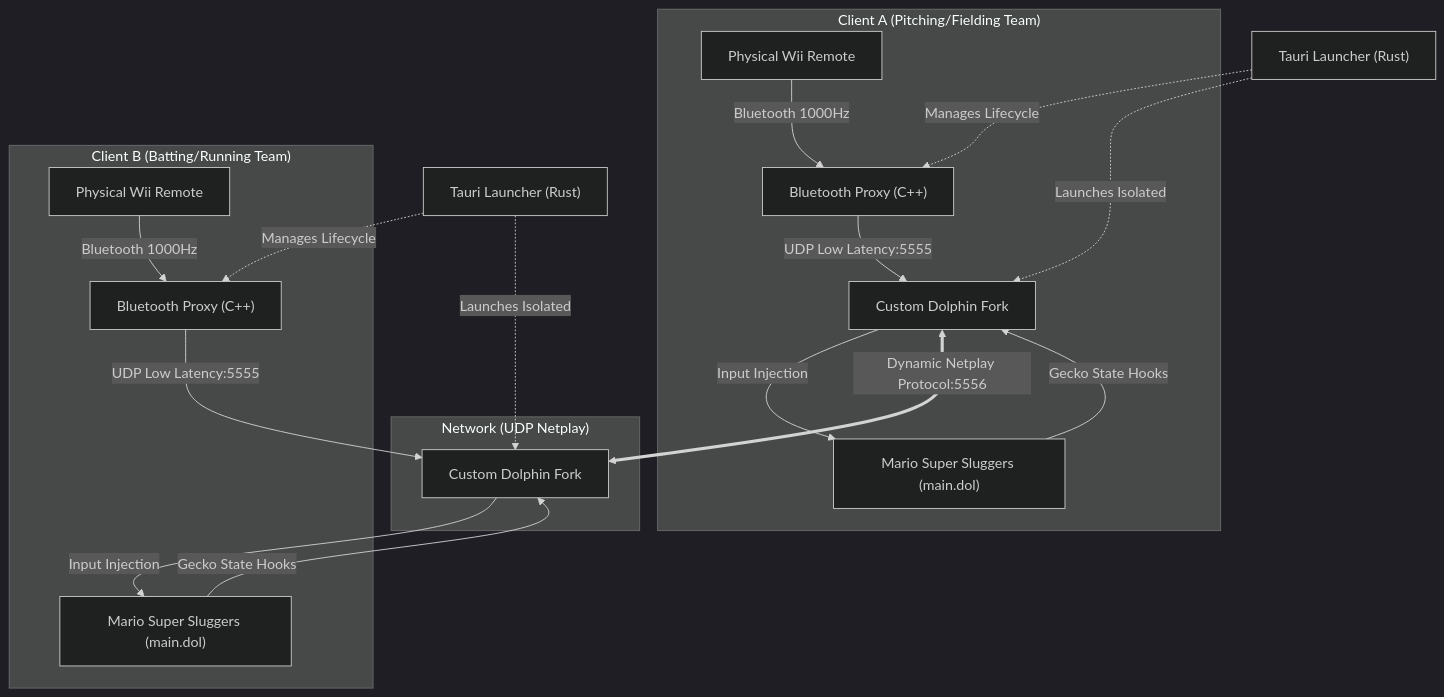
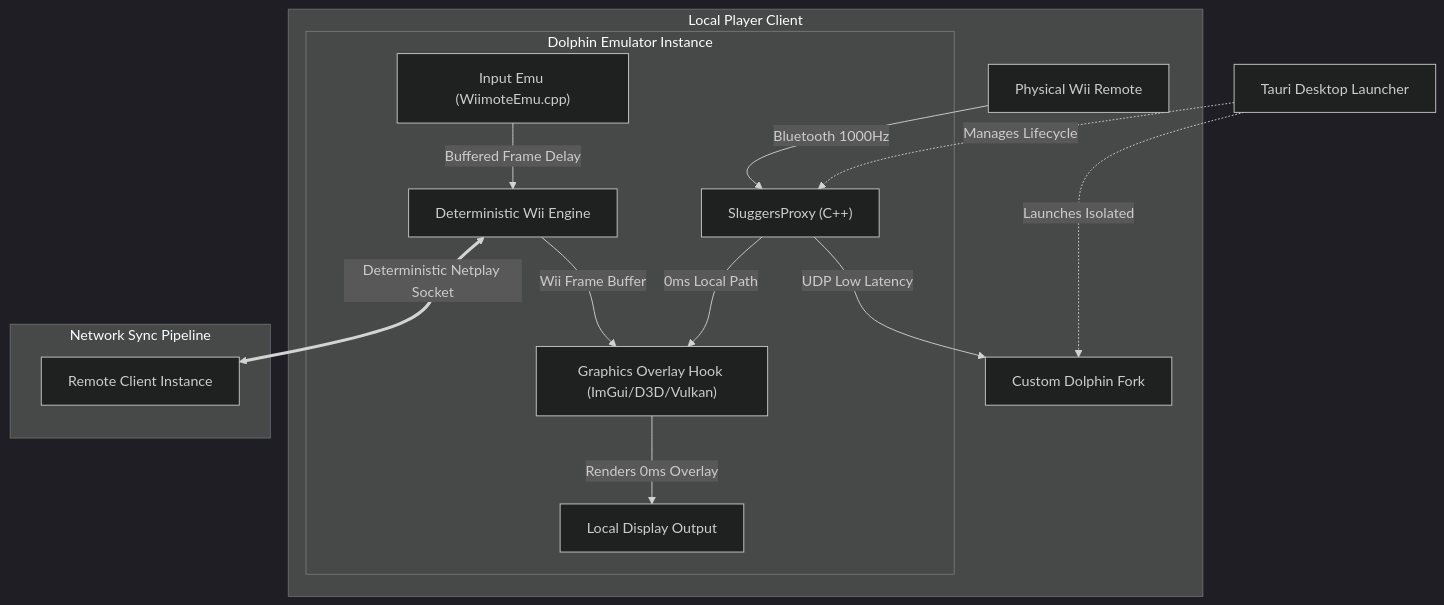
The diagram in README.md (RealClayton/supersluggers-online), drawn with Mermaid (dark theme) before and after one commit. The commit also changed other lines of this file and 1 other file, not shown here.

Commit message:
Adopt Hybrid Overlay & Deterministic Netplay Architecture blueprint

````diff
--- a/README.md
+++ b/README.md
@@ -15,25 +35,21 @@
 ```mermaid
 graph TD
-    subgraph Client_A ["Client A (Pitching/Fielding Team)"]
-        A_Wiimote["Physical Wii Remote"] -->|Bluetooth 1000Hz| A_Proxy["Bluetooth Proxy (C++)"]
-        A_Proxy -->|UDP Low Latency:5555| A_Dolphin["Custom Dolphin Fork"]
-        A_Dolphin -->|Input Injection| A_Game["Mario Super Sluggers (main.dol)"]
-        A_Game -->|Gecko State Hooks| A_Dolphin
+    subgraph Local_Client ["Local Player Client"]
+        Remote["Physical Wii Remote"] -->|Bluetooth 1000Hz| Proxy["SluggersProxy (C++)"]
+        Proxy -->|UDP Low Latency| Dolphin["Custom Dolphin Fork"]
+        
+        subgraph Dolphin_Process ["Dolphin Emulator Instance"]
+            Input_Map["Input Emu (WiimoteEmu.cpp)"] -->|Buffered Frame Delay| Wii_Core["Deterministic Wii Engine"]
+            Proxy -->|0ms Local Path| Graphics_Hook["Graphics Overlay Hook (ImGui/D3D/Vulkan)"]
+            Graphics_Hook -->|Renders 0ms Overlay| Screen["Local Display Output"]
+            Wii_Core -->|Wii Frame Buffer| Graphics_Hook
+        end
+    end
+
+    subgraph Network ["Network Sync Pipeline"]
+        Wii_Core <==>|Deterministic Netplay Socket| Remote_Dolphin["Remote Client Instance"]
     end
     
-    subgraph Network_Netplay ["Network (UDP Netplay)"]
-        A_Dolphin <==>|Dynamic Netplay Protocol:5556| B_Dolphin["Custom Dolphin Fork"]
-    end
-    
-    subgraph Client_B ["Client B (Batting/Running Team)"]
-        B_Wiimote["Physical Wii Remote"] -->|Bluetooth 1000Hz| B_Proxy["Bluetooth Proxy (C++)"]
-        B_Proxy -->|UDP Low Latency:5555| B_Dolphin["Custom Dolphin Fork"]
-        B_Dolphin -->|Input Injection| B_Game["Mario Super Sluggers (main.dol)"]
-        B_Game -->|Gecko State Hooks| B_Dolphin
-    end
-    
-    A_Tauri["Tauri Launcher (Rust)"] -.->|Manages Lifecycle| A_Proxy
-    A_Tauri -.->|Launches Isolated| A_Dolphin
-    B_Tauri["Tauri Launcher (Rust)"] -.->|Manages Lifecycle| B_Proxy
-    B_Tauri -.->|Launches Isolated| B_Dolphin
+    Launcher["Tauri Desktop Launcher"] -.->|Manages Lifecycle| Proxy
+    Launcher -.->|Launches Isolated| Dolphin
 ```
````
